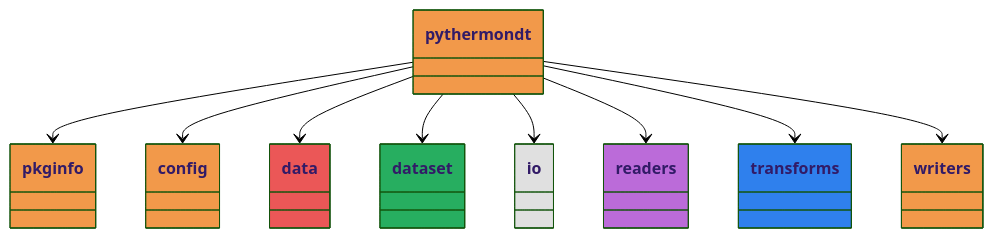
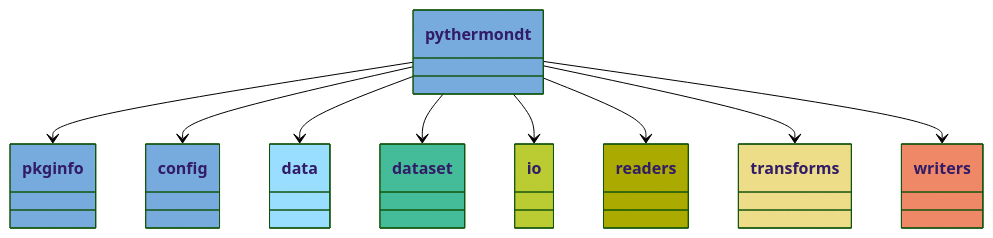
The diagram in docs/pyreverse/mermaid/packages_Overview.mmd (voidsy-gmbh/pyThermoNDT), drawn with Mermaid (forest theme) before and after one commit. The commit also changed 59 other files, not shown here.

Commit message:
Update mermaid diagrams

```diff
--- a/docs/pyreverse/mermaid/packages_Overview.mmd
+++ b/docs/pyreverse/mermaid/packages_Overview.mmd
@@ -1,36 +1,36 @@
 classDiagram
   class pythermondt {
   }
-  style pythermondt fill:#F2994A
+  style pythermondt fill:#77AADD
   class __pkginfo__ {
   }
-  style __pkginfo__ fill:#F2994A
+  style __pkginfo__ fill:#77AADD
   class config {
   }
-  style config fill:#F2994A
+  style config fill:#77AADD
   class data {
   }
-  style data fill:#EB5757
+  style data fill:#99DDFF
   class dataset {
   }
-  style dataset fill:#27AE60
+  style dataset fill:#44BB99
   class io {
   }
-  style io fill:#E0E0E0
+  style io fill:#BBCC33
   class readers {
   }
-  style readers fill:#BB6BD9
+  style readers fill:#AAAA00
   class transforms {
   }
-  style transforms fill:#2F80ED
+  style transforms fill:#EEDD88
   class writers {
   }
-  style writers fill:#F2994A
+  style writers fill:#EE8866
   pythermondt --> __pkginfo__
   pythermondt --> config
   pythermondt --> data
   pythermondt --> dataset
   pythermondt --> io
   pythermondt --> readers
   pythermondt --> transforms
   pythermondt --> writers
```
